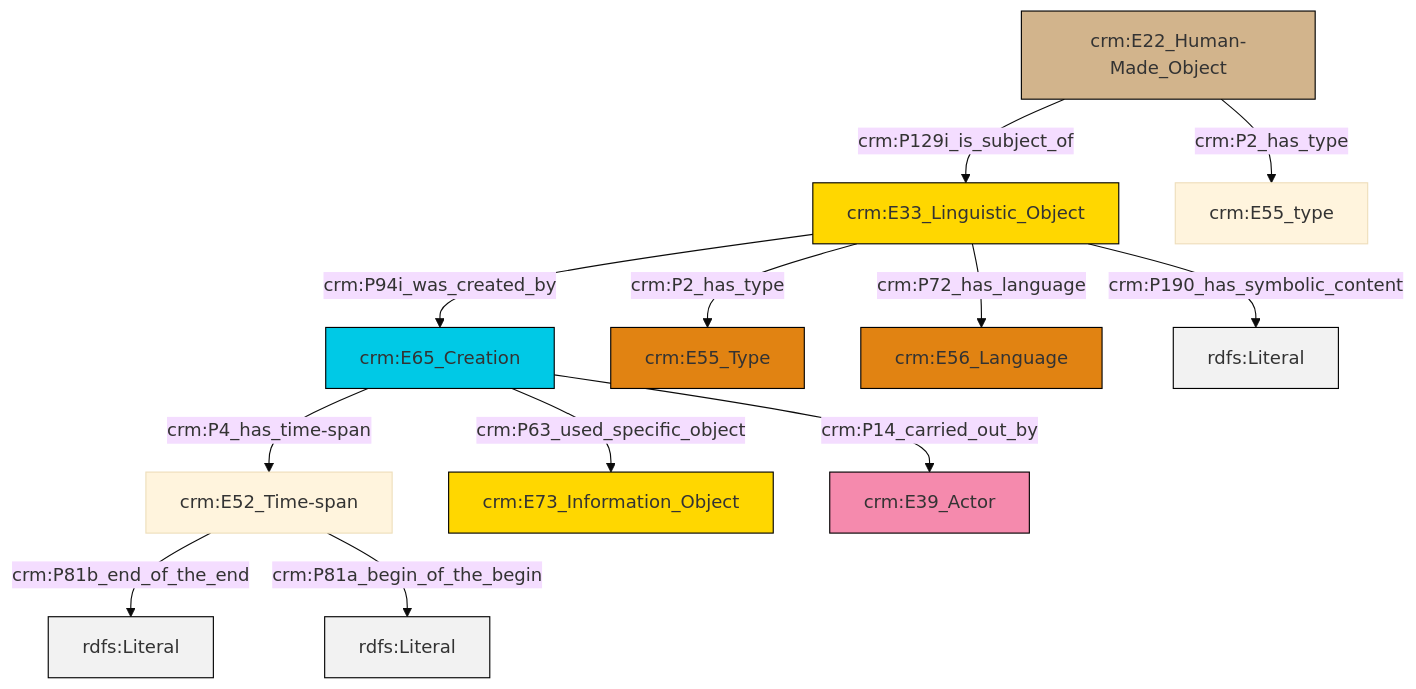
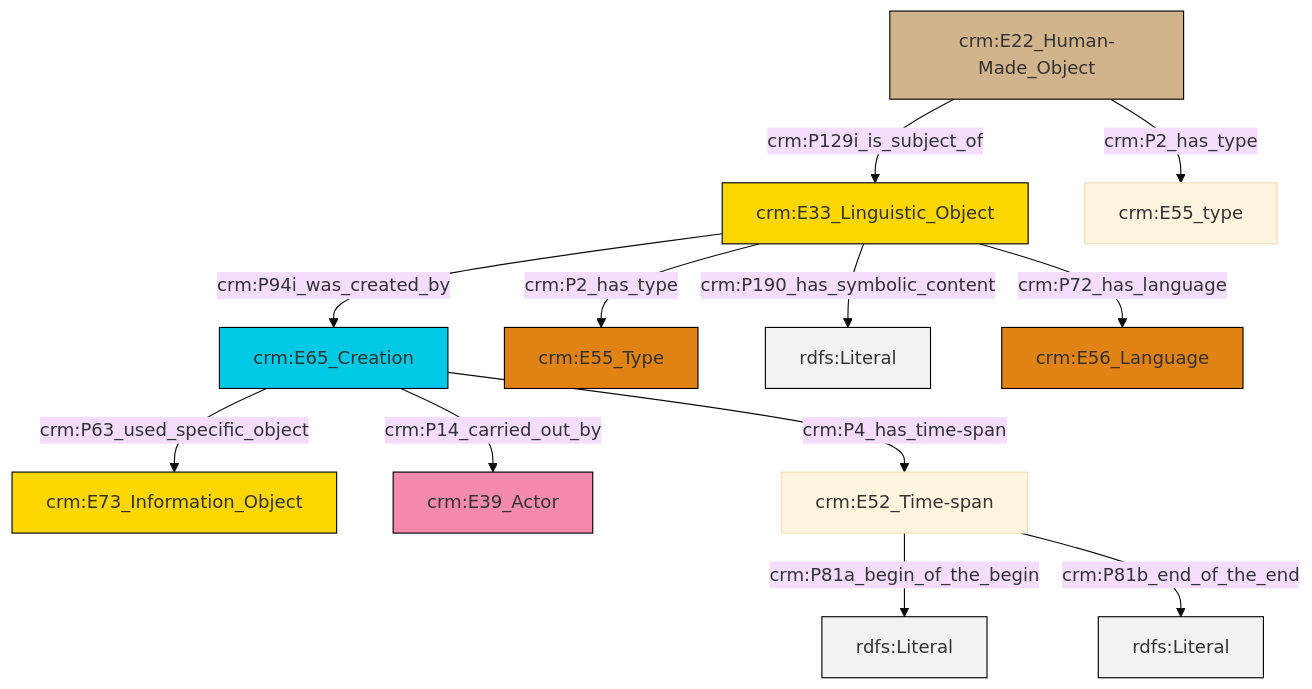
Before and after one commit to swiss-art-research-net/reference-data-models: the diagram in et/artworkCSV/ttl/mmd/Artwork_Description.ttl.mmd, drawn with Mermaid (base theme). The commit also changed 148 other files, not shown here.

```diff
--- a/et/artworkCSV/ttl/mmd/Artwork_Description.ttl.mmd
+++ b/et/artworkCSV/ttl/mmd/Artwork_Description.ttl.mmd
@@ -1,26 +1,26 @@
 graph TD
 classDef Literal fill:#f2f2f2,stroke:#000000;
 classDef CRM_Entity fill:#FFFFFF,stroke:#000000;
 classDef Temporal_Entity fill:#00C9E6, stroke:#000000;
 classDef Type fill:#E18312, stroke:#000000;
 classDef Time-Span fill:#2C9C91, stroke:#000000;
 classDef Appellation fill:#FFEB7F, stroke:#000000;
 classDef Place fill:#008836, stroke:#000000;
 classDef Persistent_Item fill:#B266B2, stroke:#000000;
 classDef Conceptual_Object fill:#FFD700, stroke:#000000;
 classDef Physical_Thing fill:#D2B48C, stroke:#000000;
 classDef Actor fill:#f58aad, stroke:#000000;
 classDef PC_Classes fill:#4ce600, stroke:#000000;
 classDef Multi fill:#cccccc,stroke:#000000;
 
-0["crm:E22_Human-Made_Object"]:::Physical_Thing -->|crm:P129i_is_subject_of| 1["crm:E33_Linguistic_Object"]:::Conceptual_Object
-1["crm:E33_Linguistic_Object"]:::Conceptual_Object -->|crm:P94i_was_created_by| 2["crm:E65_Creation"]:::Temporal_Entity
-2["crm:E65_Creation"]:::Temporal_Entity -->|crm:P4_has_time-span| 3["crm:E52_Time-span"]:::Default
-1["crm:E33_Linguistic_Object"]:::Conceptual_Object -->|crm:P2_has_type| 4["crm:E55_Type"]:::Type
-0["crm:E22_Human-Made_Object"]:::Physical_Thing -->|crm:P2_has_type| 6["crm:E55_type"]:::Default
-3["crm:E52_Time-span"]:::Default -->|crm:P81b_end_of_the_end| 9[rdfs:Literal]:::Literal
-3["crm:E52_Time-span"]:::Default -->|crm:P81a_begin_of_the_begin| 11[rdfs:Literal]:::Literal
-2["crm:E65_Creation"]:::Temporal_Entity -->|crm:P63_used_specific_object| 13["crm:E73_Information_Object"]:::Conceptual_Object
-1["crm:E33_Linguistic_Object"]:::Conceptual_Object -->|crm:P72_has_language| 7["crm:E56_Language"]:::Type
-2["crm:E65_Creation"]:::Temporal_Entity -->|crm:P14_carried_out_by| 18["crm:E39_Actor"]:::Actor
-1["crm:E33_Linguistic_Object"]:::Conceptual_Object -->|crm:P190_has_symbolic_content| 20[rdfs:Literal]:::Literal
+4["crm:E22_Human-Made_Object"]:::Physical_Thing -->|crm:P2_has_type| 5["crm:E55_type"]:::Default
+6["crm:E65_Creation"]:::Temporal_Entity -->|crm:P14_carried_out_by| 8["crm:E39_Actor"]:::Actor
+9["crm:E52_Time-span"]:::Default -->|crm:P81a_begin_of_the_begin| 10[rdfs:Literal]:::Literal
+9["crm:E52_Time-span"]:::Default -->|crm:P81b_end_of_the_end| 11[rdfs:Literal]:::Literal
+2["crm:E33_Linguistic_Object"]:::Conceptual_Object -->|crm:P2_has_type| 12["crm:E55_Type"]:::Type
+6["crm:E65_Creation"]:::Temporal_Entity -->|crm:P63_used_specific_object| 0["crm:E73_Information_Object"]:::Conceptual_Object
+2["crm:E33_Linguistic_Object"]:::Conceptual_Object -->|crm:P190_has_symbolic_content| 13[rdfs:Literal]:::Literal
+6["crm:E65_Creation"]:::Temporal_Entity -->|crm:P4_has_time-span| 9["crm:E52_Time-span"]:::Default
+4["crm:E22_Human-Made_Object"]:::Physical_Thing -->|crm:P129i_is_subject_of| 2["crm:E33_Linguistic_Object"]:::Conceptual_Object
+2["crm:E33_Linguistic_Object"]:::Conceptual_Object -->|crm:P72_has_language| 14["crm:E56_Language"]:::Type
+2["crm:E33_Linguistic_Object"]:::Conceptual_Object -->|crm:P94i_was_created_by| 6["crm:E65_Creation"]:::Temporal_Entity
```
